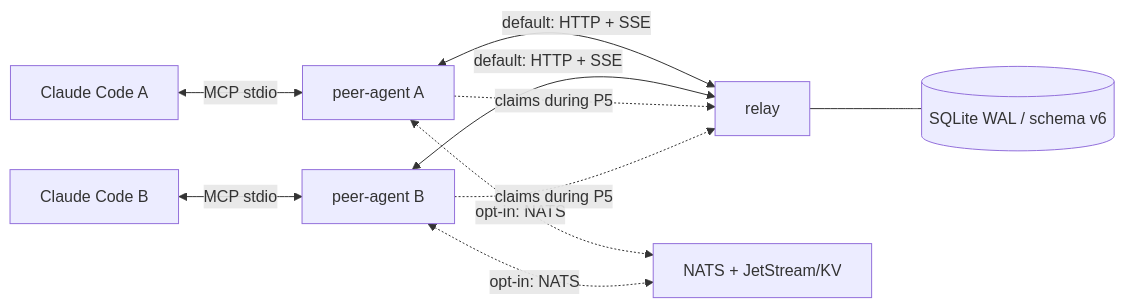
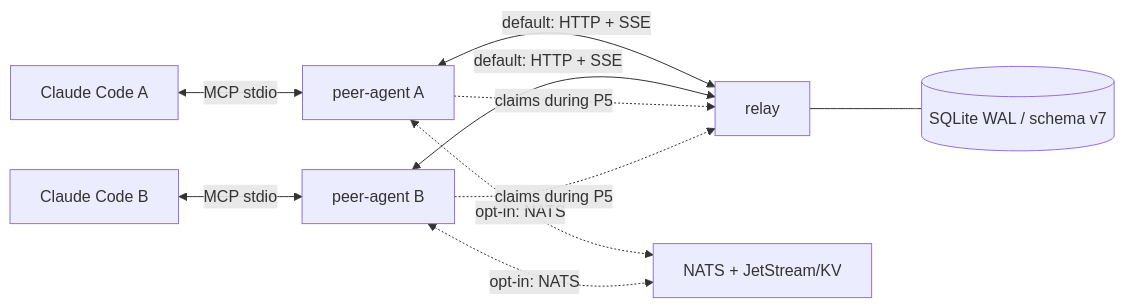
Before and after one commit to cookys/hangar-bridge: the diagram in README.md, drawn with Mermaid. The commit also changed other lines of this file and 24 other files, not shown here.

````diff
--- a/README.md
+++ b/README.md
@@ -46,14 +46,14 @@
 ```mermaid
 flowchart LR
   CCA["Claude Code A"] <-->|"MCP stdio"| PAA["peer-agent A"]
   CCB["Claude Code B"] <-->|"MCP stdio"| PAB["peer-agent B"]
 
   PAA <-->|"default: HTTP + SSE"| R["relay"]
   PAB <-->|"default: HTTP + SSE"| R
-  R --- DB[("SQLite WAL / schema v6")]
+  R --- DB[("SQLite WAL / schema v7")]
 
   PAA <-.->|"opt-in: NATS"| N["NATS + JetStream/KV"]
   PAB <-.->|"opt-in: NATS"| N
   PAA -.->|"claims during P5"| R
   PAB -.->|"claims during P5"| R
 ```
````
